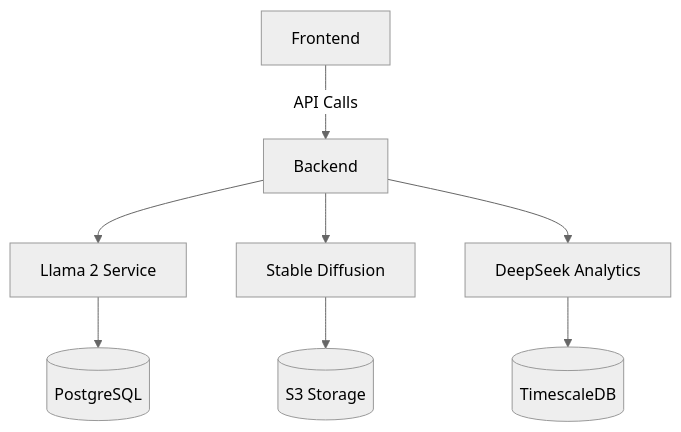
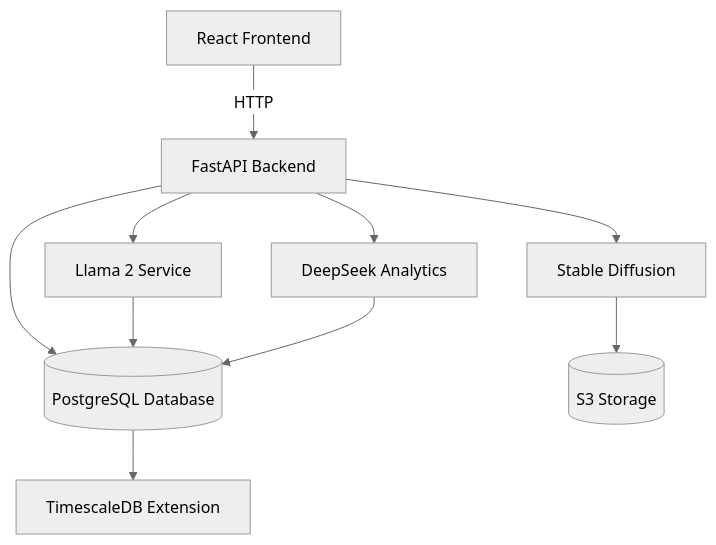
The diagram in README.md (kimhongzhang323/UMH25), drawn with Mermaid (neutral theme) before and after one commit.

````diff
--- a/README.md
+++ b/README.md
@@ -57,10 +57,12 @@
 ```mermaid
 graph TD
-    A[Frontend] -->|API Calls| B[Backend]
+    A[React Frontend] -->|HTTP| B[FastAPI Backend]
     B --> C[Llama 2 Service]
     B --> D[Stable Diffusion]
     B --> E[DeepSeek Analytics]
-    C --> F[(PostgreSQL)]
+    B --> F[(PostgreSQL Database)]
+    C --> F
     D --> G[(S3 Storage)]
-    E --> H[(TimescaleDB)]
+    E --> F
+    F --> H[TimescaleDB Extension]
 ```
````
